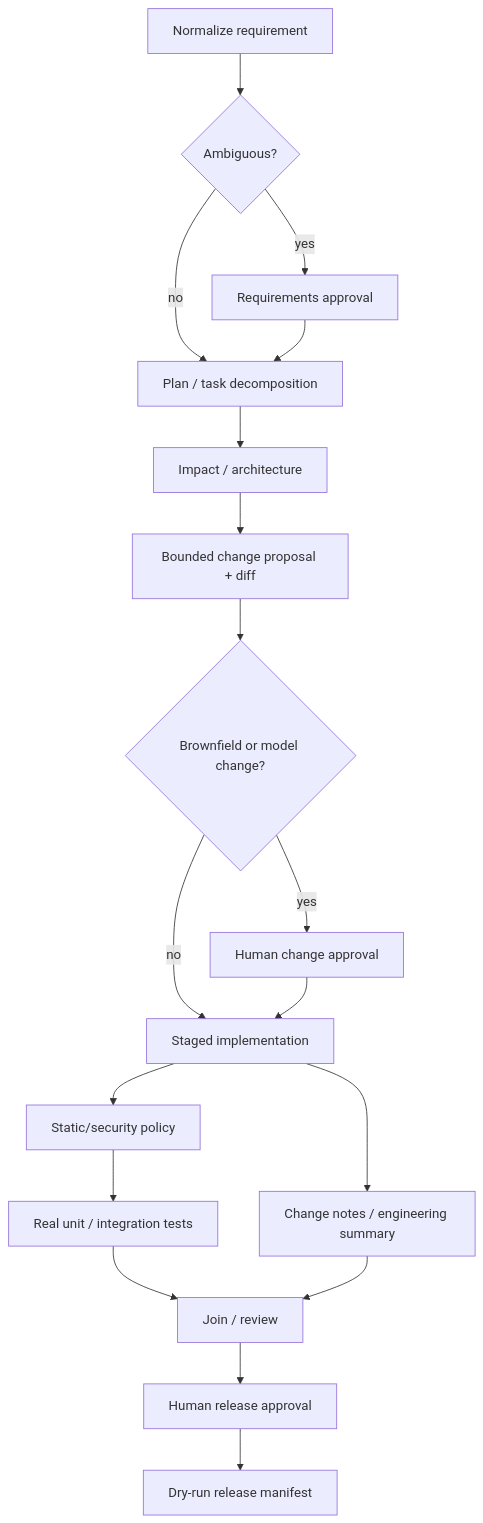
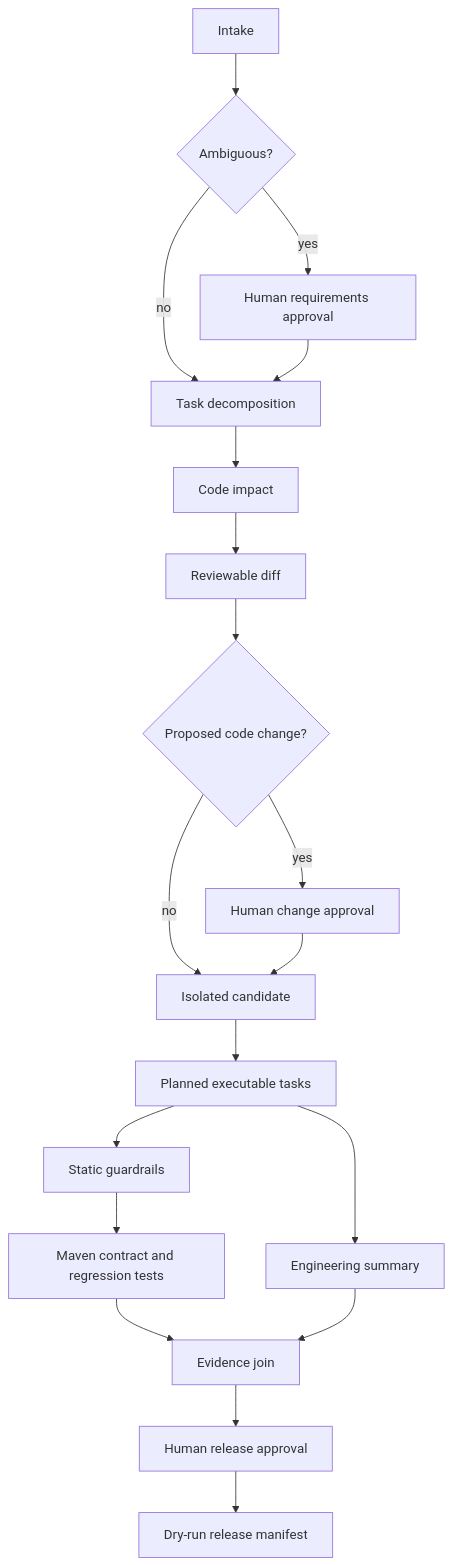
One commit to isheegattani/agentic-url-shortener changed the second of 2 diagrams in docs/ARCHITECTURE.md. Above: the diagram before and after it, drawn with Mermaid. The commit also changed other lines of this file and 41 other files, not shown here.

````diff
--- a/docs/ARCHITECTURE.md
+++ b/docs/ARCHITECTURE.md
@@ -18,20 +20,21 @@
 ```mermaid
 flowchart TD
-  Intake[Normalize requirement] --> Amb{Ambiguous?}
-  Amb -->|yes| Req[Requirements approval]
-  Amb -->|no| Plan[Plan / task decomposition]
-  Req --> Plan
-  Plan --> Design[Impact / architecture]
-  Design --> Proposal[Bounded change proposal + diff]
-  Proposal --> Gate{Brownfield or model change?}
-  Gate -->|yes| Change[Human change approval]
-  Gate -->|no| Impl[Staged implementation]
-  Change --> Impl
-  Impl --> Security[Static/security policy]
-  Impl --> Docs[Change notes / engineering summary]
-  Security --> Tests[Real unit / integration tests]
-  Tests --> Review[Join / review]
+  Intake --> RequirementGate{Ambiguous?}
+  RequirementGate -->|yes| Clarify[Human requirements approval]
+  RequirementGate -->|no| Plan
+  Clarify --> Plan
+  Plan[Task decomposition] --> Design[Code impact]
+  Design --> Proposal[Reviewable diff]
+  Proposal --> ChangeGate{Proposed code change?}
+  ChangeGate -->|yes| Approval[Human change approval]
+  ChangeGate -->|no| Stage
+  Approval --> Stage[Isolated candidate]
+  Stage --> Tasks[Planned executable tasks]
+  Tasks --> Security[Static guardrails]
+  Tasks --> Docs[Engineering summary]
+  Security --> Tests[Maven contract and regression tests]
+  Tests --> Review[Evidence join]
   Docs --> Review
   Review --> ReleaseGate[Human release approval]
-  ReleaseGate --> Manifest[Dry-run release manifest]
+  ReleaseGate --> Ready[Dry-run release manifest]
 ```
````
